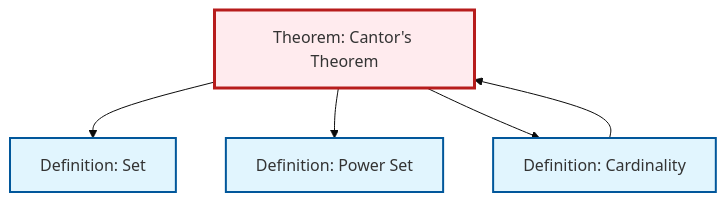
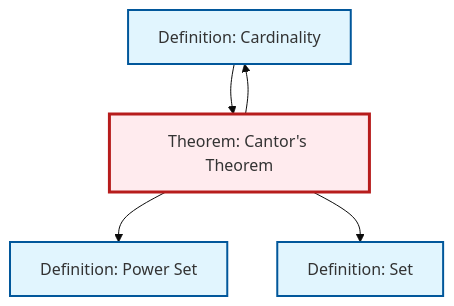
The second of 2 diagrams in content/en/logic-set-theory/thm-cantor.qmd (RK0429/ModernMath), drawn with Mermaid (base theme) before and after one commit. The commit also changed other lines of this file and 1069 other files, not shown here.

````diff
--- a/content/en/logic-set-theory/thm-cantor.qmd
+++ b/content/en/logic-set-theory/thm-cantor.qmd
@@ -71,21 +71,21 @@
 ```{mermaid}
 %%| fig-cap: "Local dependency graph"
 graph TD
     classDef definition fill:#e1f5fe,stroke:#01579b,stroke-width:2px
     classDef theorem fill:#f3e5f5,stroke:#4a148c,stroke-width:2px
     classDef axiom fill:#fff3e0,stroke:#e65100,stroke-width:2px
     classDef example fill:#e8f5e9,stroke:#1b5e20,stroke-width:2px
     classDef current fill:#ffebee,stroke:#b71c1c,stroke-width:3px
+    def-cardinality["Definition: Cardinality"]:::definition
+    thm-cantor["Theorem: Cantor's Theorem"]:::theorem
+    def-power-set["Definition: Power Set"]:::definition
     def-set["Definition: Set"]:::definition
-    def-power-set["Definition: Power Set"]:::definition
-    thm-cantor["Theorem: Cantor's Theorem"]:::theorem
-    def-cardinality["Definition: Cardinality"]:::definition
+    thm-cantor --> def-power-set
+    def-cardinality --> thm-cantor
+    thm-cantor --> def-cardinality
     thm-cantor --> def-set
-    def-cardinality --> thm-cantor
-    thm-cantor --> def-power-set
-    thm-cantor --> def-cardinality
     class thm-cantor current
+    click def-cardinality "def-cardinality.html" "Go to Cardinality definition"
+    click def-power-set "def-power-set.html" "Go to Power Set definition"
     click def-set "def-set.html" "Go to Set definition"
-    click def-power-set "def-power-set.html" "Go to Power Set definition"
-    click def-cardinality "def-cardinality.html" "Go to Cardinality definition"
 ```
````
